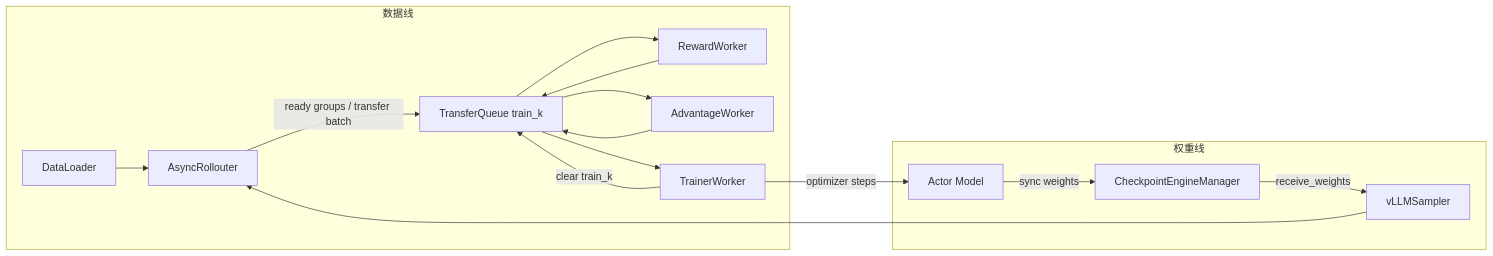
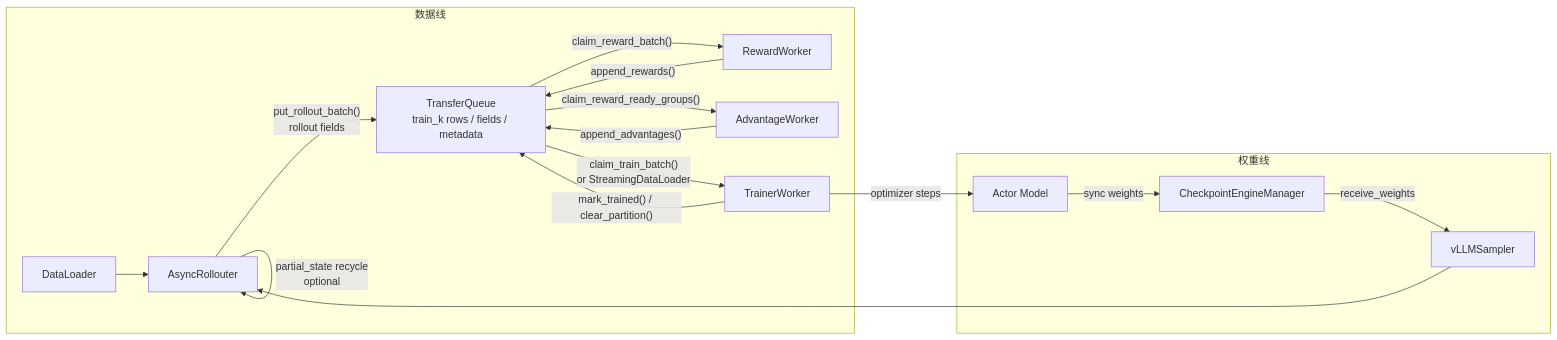
One commit to meichangsu1/twinkle changed the fifth of 6 diagrams in docs/source_zh/组件/Gym/Async-Agentic-RL-Spec-v2.md. Above: the diagram before and after it, drawn with Mermaid. The commit also changed other lines of this file and 2 other files, not shown here.

````diff
--- a/docs/source_zh/组件/Gym/Async-Agentic-RL-Spec-v2.md
+++ b/docs/source_zh/组件/Gym/Async-Agentic-RL-Spec-v2.md
@@ -466,20 +475,21 @@
 ```mermaid
 flowchart LR
     subgraph DataLine["数据线"]
         D["DataLoader"] --> AR["AsyncRollouter"]
-        AR -->|"ready groups / transfer batch"| TQ["TransferQueue train_k"]
-        TQ --> RW["RewardWorker"]
-        RW --> TQ
-        TQ --> AW["AdvantageWorker"]
-        AW --> TQ
-        TQ --> TW["TrainerWorker"]
-        TW -->|"clear train_k"| TQ
+        AR -->|"put_rollout_batch()<br/>rollout fields"| TQ["TransferQueue<br/>train_k rows / fields / metadata"]
+        TQ -->|"claim_reward_batch()"| RW["RewardWorker"]
+        RW -->|"append_rewards()"| TQ
+        TQ -->|"claim_reward_ready_groups()"| AW["AdvantageWorker"]
+        AW -->|"append_advantages()"| TQ
+        TQ -->|"claim_train_batch()<br/>or StreamingDataLoader"| TW["TrainerWorker"]
+        TW -->|"mark_trained() / clear_partition()"| TQ
     end
 
     subgraph WeightLine["权重线"]
         TW -->|"optimizer steps"| Model["Actor Model"]
         Model -->|"sync weights"| CKPT["CheckpointEngineManager"]
         CKPT -->|"receive_weights"| Sampler["vLLMSampler"]
         Sampler --> AR
+        AR -->|"partial_state recycle<br/>optional"| AR
     end
 ```
````
